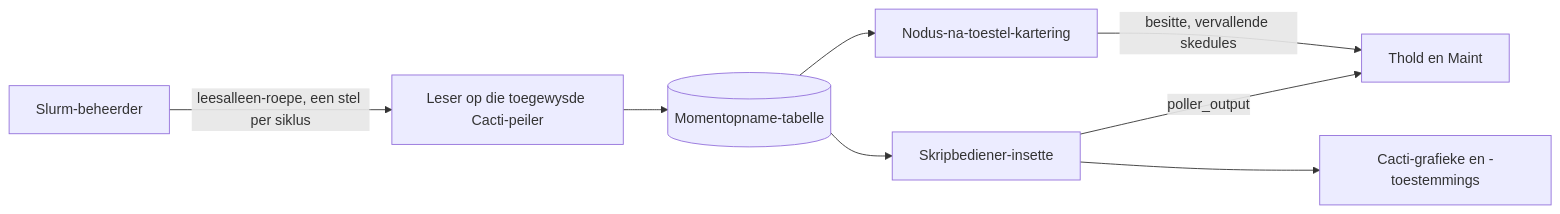
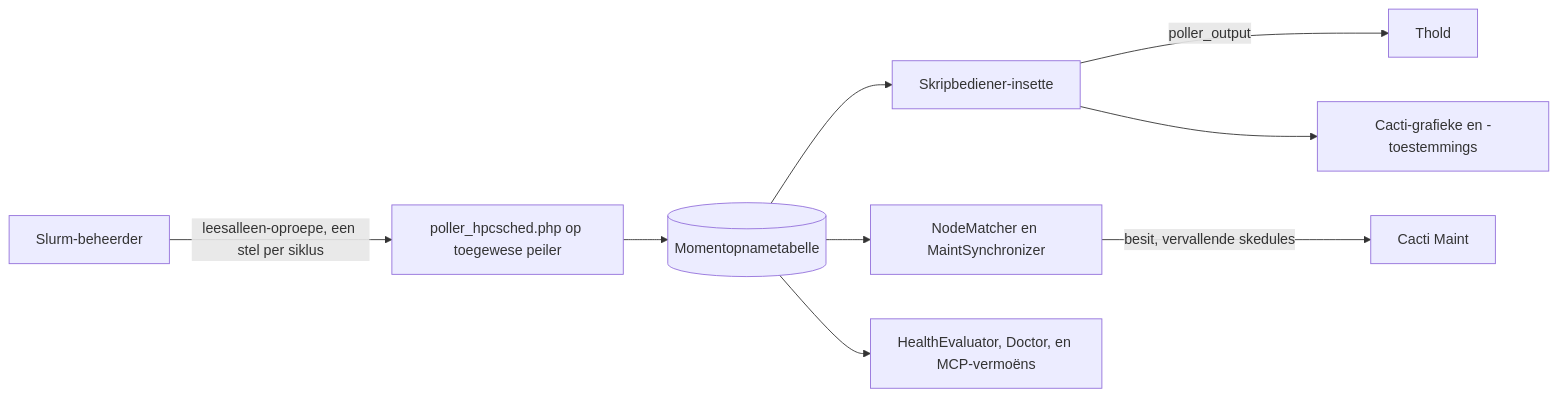
Before and after one commit to somethingwithproof/plugin_hpcsched: the diagram in docs/i18n/af-ZA/README.md, drawn with Mermaid. The commit also changed other lines of this file and 48 other files, not shown here.

````diff
--- a/docs/i18n/af-ZA/README.md
+++ b/docs/i18n/af-ZA/README.md
@@ -100,10 +163,11 @@
 ```mermaid
 flowchart LR
-    S[Slurm-beheerder] -->|leesalleen-roepe, een stel per siklus| R[Leser op die toegewysde Cacti-peiler]
-    R --> SNAP[(Momentopname-tabelle)]
+    S[Slurm-beheerder] -->|leesalleen-oproepe, een stel per siklus| R[poller_hpcsched.php op toegewese peiler]
+    R --> SNAP[(Momentopnametabelle)]
     SNAP --> SS[Skripbediener-insette]
-    SS -->|poller_output| T[Thold en Maint]
+    SS -->|poller_output| T[Thold]
     SS --> G[Cacti-grafieke en -toestemmings]
-    SNAP --> MAP[Nodus-na-toestel-kartering]
-    MAP -->|besitte, vervallende skedules| T
+    SNAP --> MAP[NodeMatcher en MaintSynchronizer]
+    MAP -->|besit, vervallende skedules| M[Cacti Maint]
+    SNAP --> H[HealthEvaluator, Doctor, en MCP-vermoëns]
 ```
````
